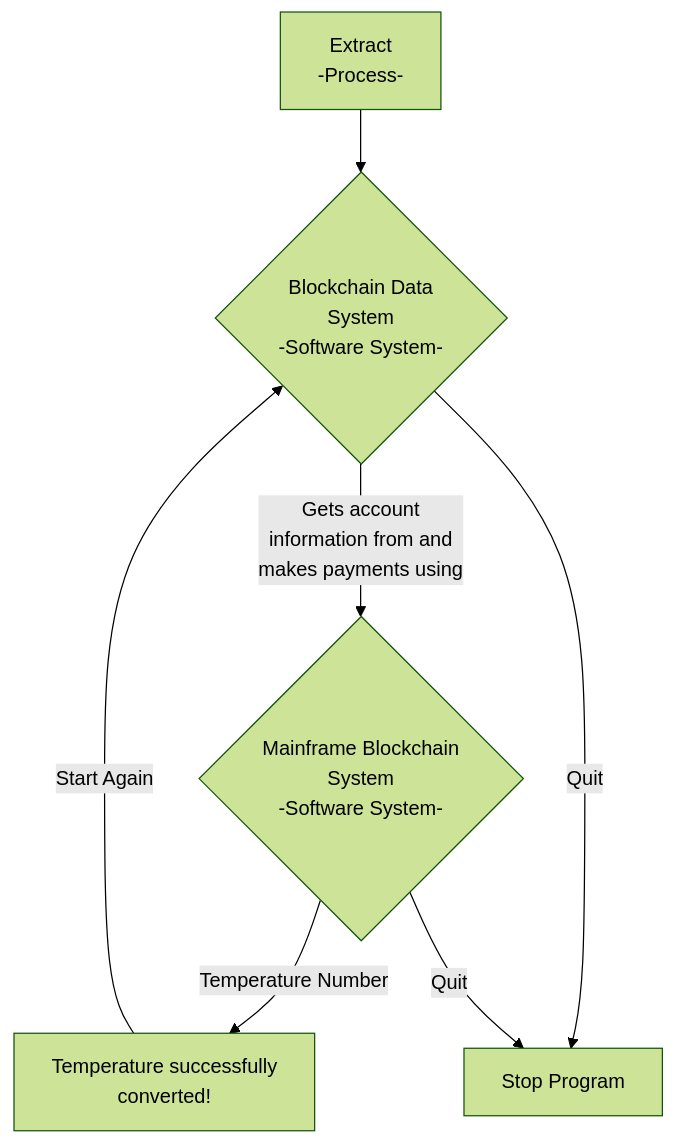
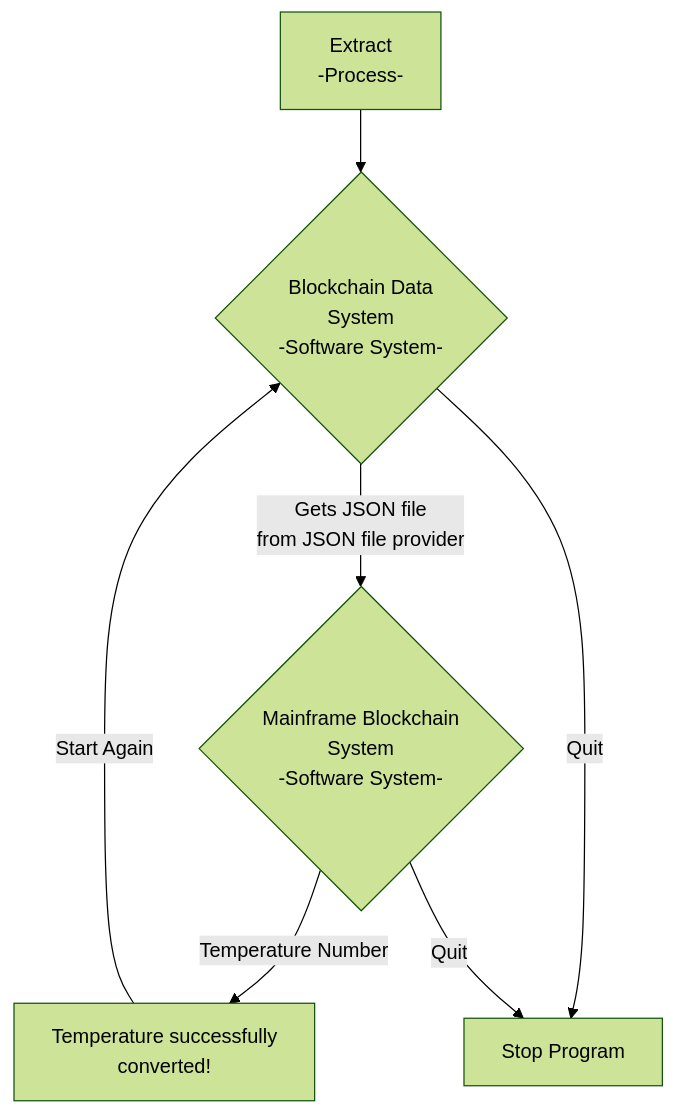
The diagram in README.md (patmcfarland/one), drawn with Mermaid (forest theme) before and after one commit.

````diff
--- a/README.md
+++ b/README.md
@@ -1,9 +1,9 @@
 ```mermaid
 flowchart TD
 A[Extract<br>-Process-] -->B{Blockchain Data<br>System<br>-Software System-}
-B -- Gets account<br>information from and<br>makes payments using --> C{Mainframe Blockchain<br>System<br>-Software System-} 
+B -- Gets JSON file<br>from JSON file provider --> C{Mainframe Blockchain<br>System<br>-Software System-} 
 C -- Temperature Number --> D[Temperature successfully<br>converted!] 
 D -- Start Again -->B
 B -- Quit --> E[Stop Program]
 C -- Quit --> E
 ```
````
